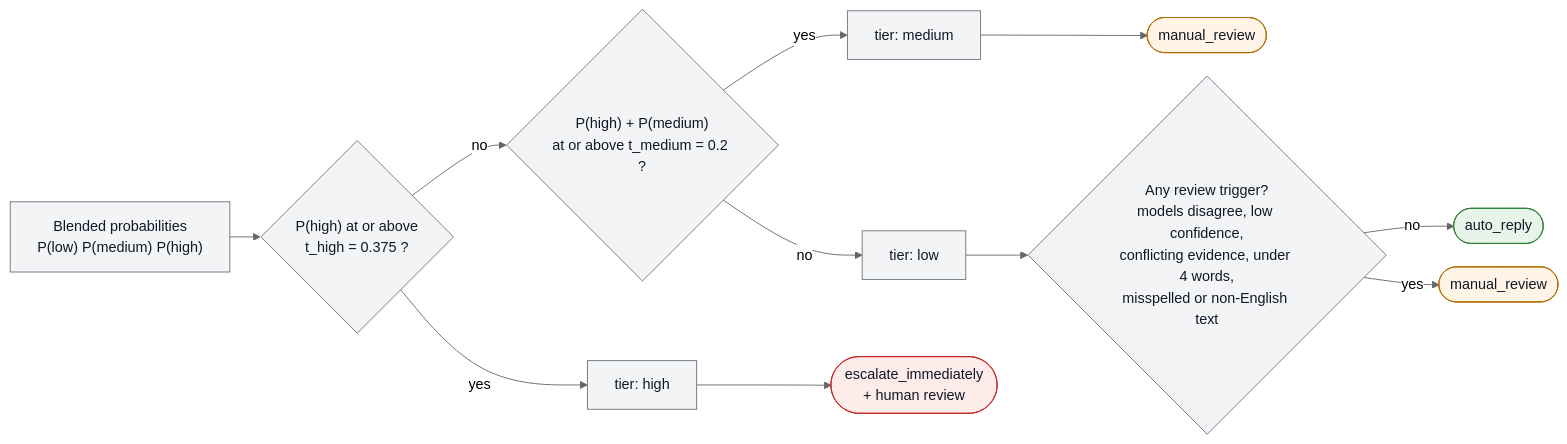
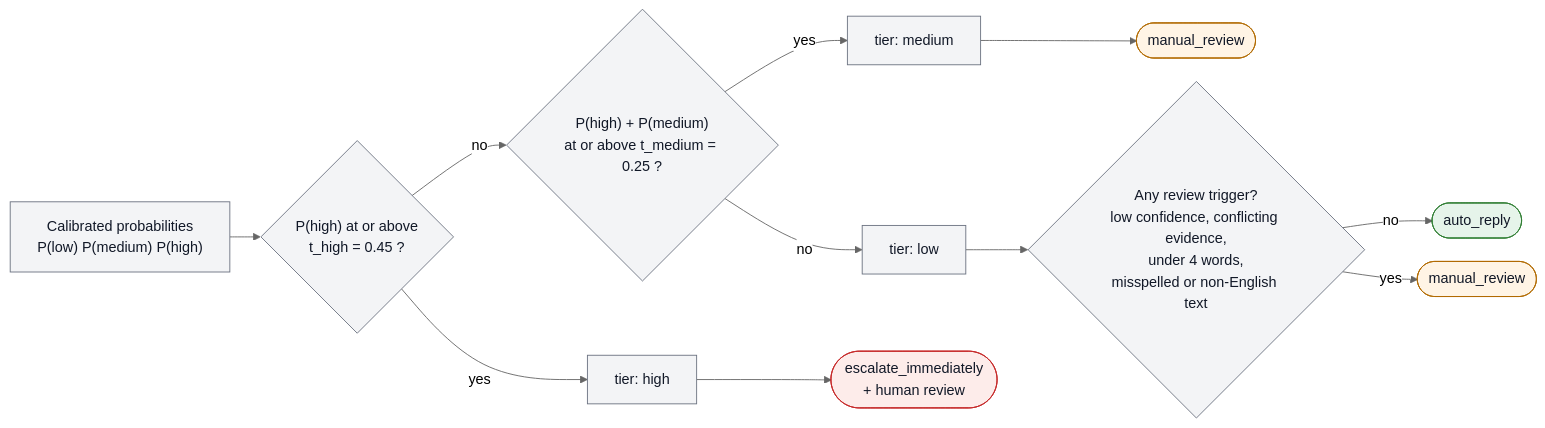
One commit to anandapurva55/hybrid-complaint-risk-ai changed the second of 2 diagrams in README.md. Above: the diagram before and after it, drawn with Mermaid. The commit also changed other lines of this file and 50 other files, not shown here.

````diff
--- a/README.md
+++ b/README.md
@@ -122,24 +122,24 @@
 ```mermaid
 %%{init: {'theme': 'neutral', 'flowchart': {'curve': 'basis', 'nodeSpacing': 26, 'rankSpacing': 34}}}%%
 flowchart LR
-    p["Blended probabilities<br/>P(low) P(medium) P(high)"] --> h{"P(high) at or above<br/>t_high = 0.375 ?"}
+    p["Calibrated probabilities<br/>P(low) P(medium) P(high)"] --> h{"P(high) at or above<br/>t_high = 0.45 ?"}
     h -- yes --> high["tier: high"]
-    h -- no --> m{"P(high) + P(medium)<br/>at or above t_medium = 0.2 ?"}
+    h -- no --> m{"P(high) + P(medium)<br/>at or above t_medium = 0.25 ?"}
     m -- yes --> med["tier: medium"]
     m -- no --> low["tier: low"]
 
     high --> act1(["escalate_immediately<br/>+ human review"])
     med --> act2(["manual_review"])
-    low --> trig{"Any review trigger?<br/>models disagree, low confidence,<br/>conflicting evidence, under 4 words,<br/>misspelled or non-English text"}
+    low --> trig{"Any review trigger?<br/>low confidence, conflicting evidence,<br/>under 4 words,<br/>misspelled or non-English text"}
     trig -- no --> act3(["auto_reply"])
     trig -- yes --> act2b(["manual_review"])
 
     classDef ok fill:#E6F4EA,stroke:#2E7D32,color:#111827
     classDef warn fill:#FFF4E5,stroke:#B26A00,color:#111827
     classDef bad fill:#FDECEA,stroke:#C62828,color:#111827
     classDef chk fill:#F3F4F6,stroke:#6B7280,color:#111827
     class act3 ok
     class act2,act2b warn
     class act1 bad
     class p,h,m,trig,high,med,low chk
 ```
````
